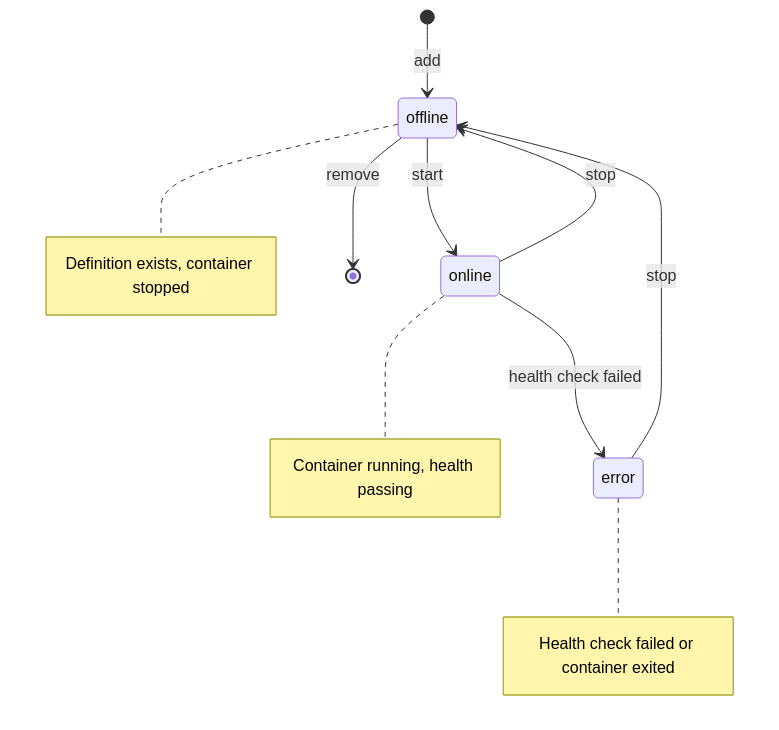
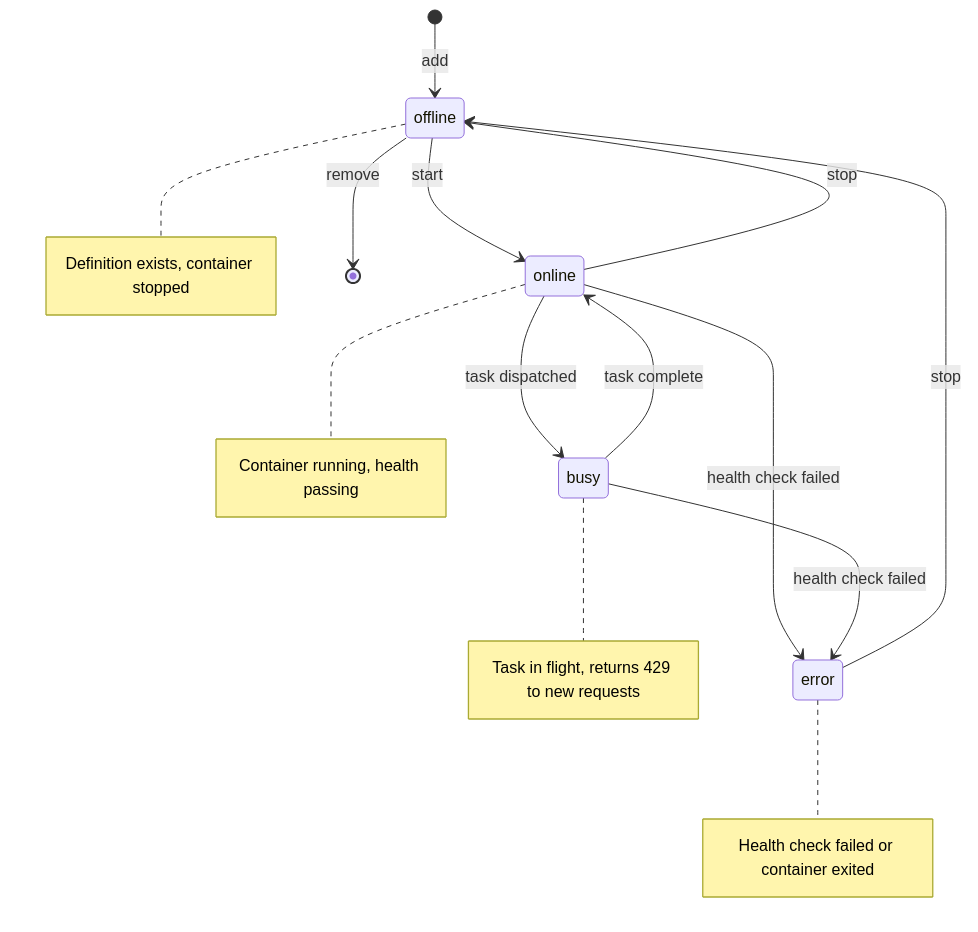
The third of 5 diagrams in website/guide/architecture.md (xiaolai/mecha.im), drawn with Mermaid before and after one commit. The commit also changed other lines of this file and 13 other files, not shown here.

````diff
--- a/website/guide/architecture.md
+++ b/website/guide/architecture.md
@@ -123,13 +123,17 @@
 ```mermaid
 stateDiagram-v2
     [*] --> offline : add
     offline --> online : start
+    online --> busy : task dispatched
+    busy --> online : task complete
     online --> offline : stop
     online --> error : health check failed
+    busy --> error : health check failed
     error --> offline : stop
     offline --> [*] : remove
 
     note right of offline : Definition exists, container stopped
     note right of online : Container running, health passing
+    note right of busy : Task in flight, returns 429 to new requests
     note right of error : Health check failed or container exited
 ```
````
